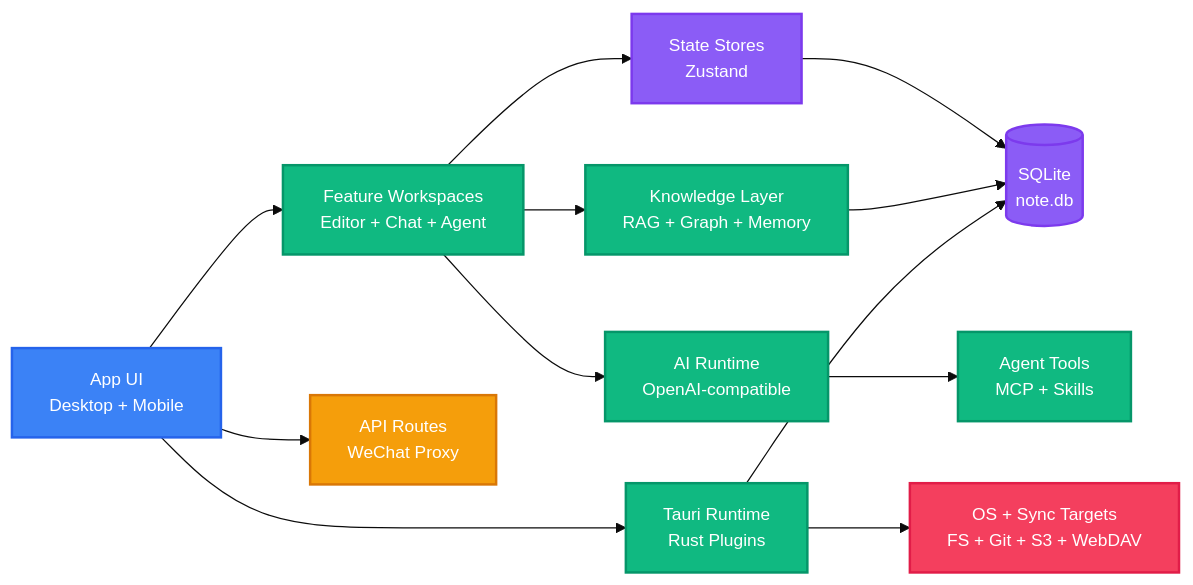
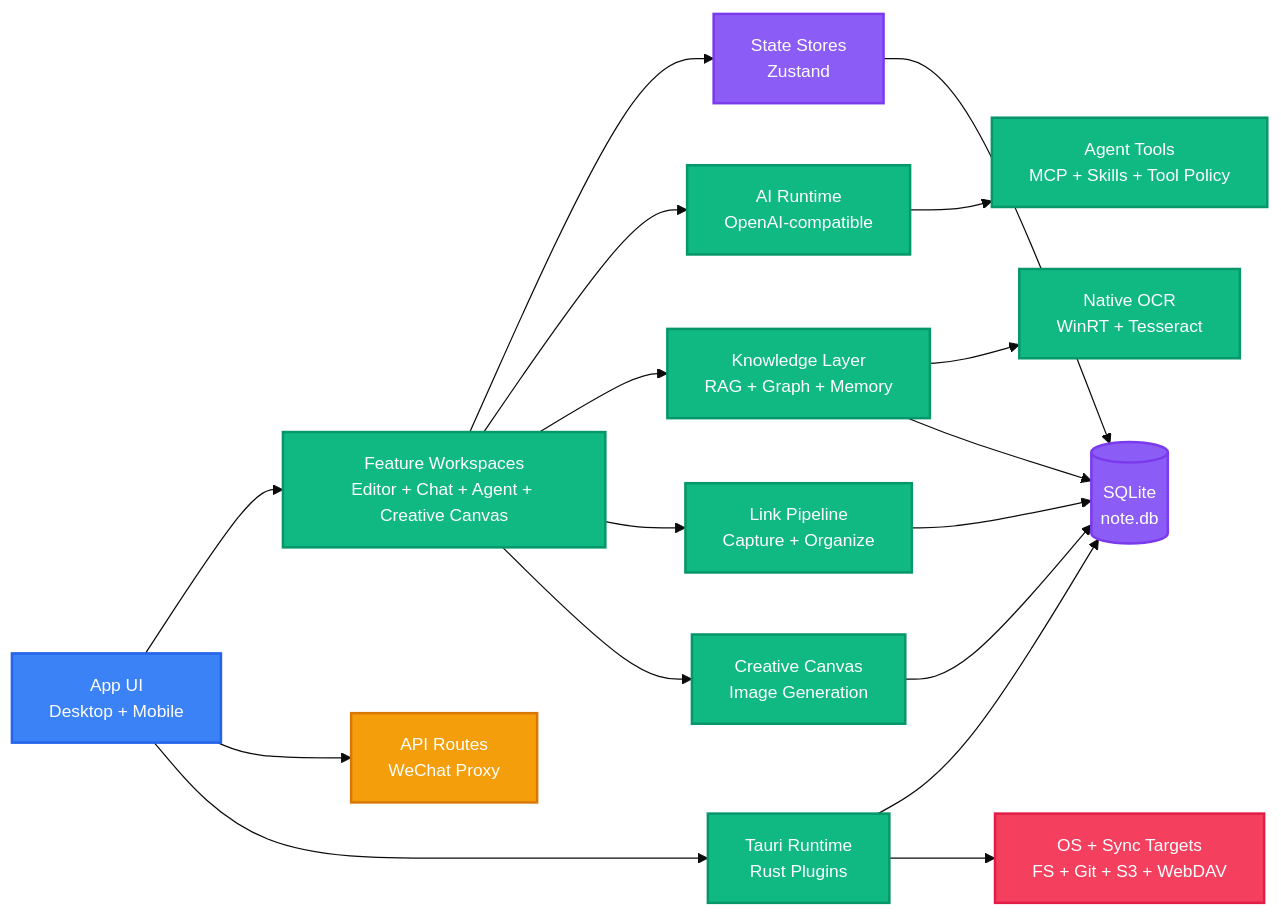
The diagram in README-zh.md (Ye-hey1/LingMo), drawn with Mermaid before and after one commit. The commit also changed other lines of this file and 1 other file, not shown here.

First line of the commit message:
docs(readme): 补充创意画布、链接采集管线与 Agent 重构说明

````diff
--- a/README-zh.md
+++ b/README-zh.md
@@ -122,27 +132,32 @@
 ```mermaid
 %%{init: {'theme': 'base', 'themeVariables': {'fontSize': '14px'}}}%%
 graph LR
-    A[App UI<br/>Desktop + Mobile] --> B[Feature Workspaces<br/>Editor + Chat + Agent]
+    A[App UI<br/>Desktop + Mobile] --> B[Feature Workspaces<br/>Editor + Chat + Agent + Creative Canvas]
     A --> D[API Routes<br/>WeChat Proxy]
     B --> E[State Stores<br/>Zustand]
     B --> F[AI Runtime<br/>OpenAI-compatible]
     B --> G[Knowledge Layer<br/>RAG + Graph + Memory]
-    F --> H[Agent Tools<br/>MCP + Skills]
+    B --> L[Link Pipeline<br/>Capture + Organize]
+    B --> M[Creative Canvas<br/>Image Generation]
+    F --> H[Agent Tools<br/>MCP + Skills + Tool Policy]
+    G --> N[Native OCR<br/>WinRT + Tesseract]
     E --> I[(SQLite<br/>note.db)]
     G --> I
+    L --> I
+    M --> I
     A --> J[Tauri Runtime<br/>Rust Plugins]
     J --> I
     J --> K[OS + Sync Targets<br/>FS + Git + S3 + WebDAV]
 
     classDef client fill:#3B82F6,stroke:#2563EB,color:#fff,stroke-width:2px
     classDef gateway fill:#F59E0B,stroke:#D97706,color:#fff,stroke-width:2px
     classDef service fill:#10B981,stroke:#059669,color:#fff,stroke-width:2px
     classDef data fill:#8B5CF6,stroke:#7C3AED,color:#fff,stroke-width:2px
     classDef external fill:#F43F5E,stroke:#E11D48,color:#fff,stroke-width:2px
 
     class A client
     class D gateway
-    class B,F,G,H,J service
+    class B,F,G,H,J,L,M,N service
     class E,I data
     class K external
 ```
````
